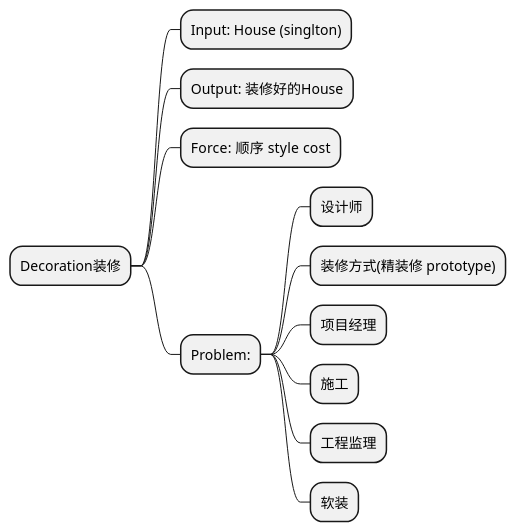
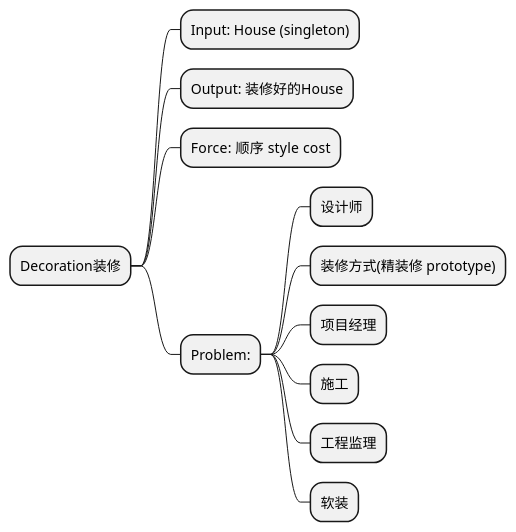
The diagram in dev_demo/designPattern/_UML_/demo/creational_mindmap.puml (alphajayGithub/devDemos), drawn with PlantUML before and after one commit. The commit also changed 6 other files, not shown here.

```diff
--- a/dev_demo/designPattern/_UML_/demo/creational_mindmap.puml
+++ b/dev_demo/designPattern/_UML_/demo/creational_mindmap.puml
@@ -1,16 +1,16 @@
 @startmindmap
 *  Decoration装修
-** Input: House (singlton)
+** Input: House (singleton)
 ** Output: 装修好的House
 ** Force:  顺序 style cost
 ** Problem:
 *** 设计师
 *** 装修方式(精装修 prototype)
 *** 项目经理
 *** 施工
 *** 工程监理
 *** 软装
 
 
 
 @endmindmap
```
